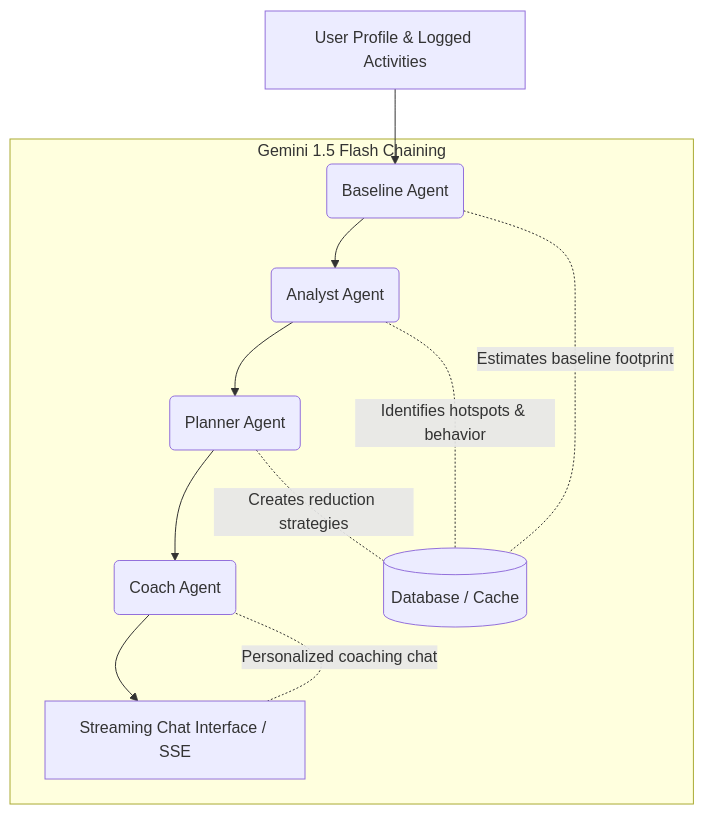
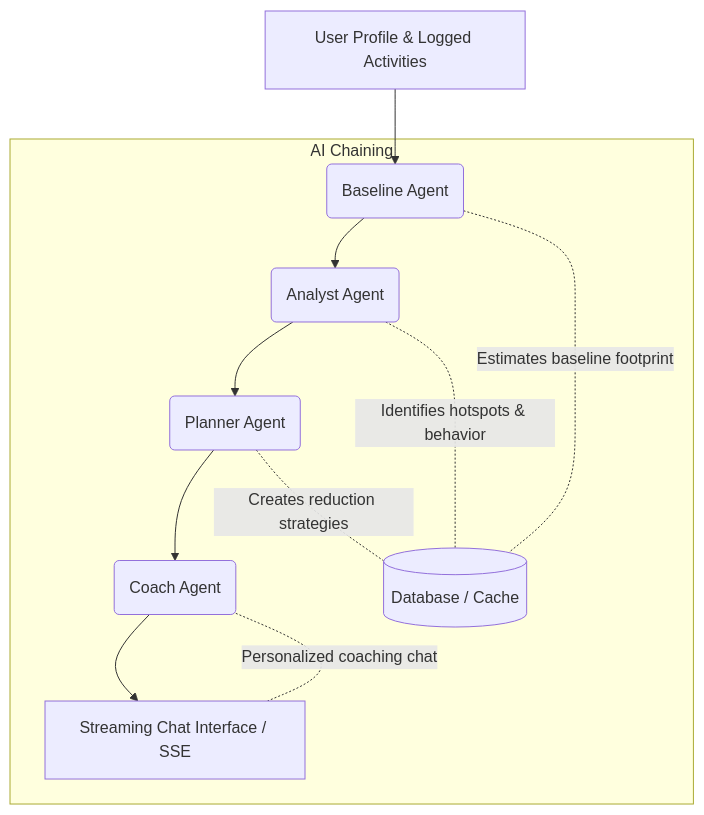
The diagram in README.md (SBLab25/CarbonSenseAI), drawn with Mermaid before and after one commit. The commit also changed other lines of this file and 35 other files, not shown here.

````diff
--- a/README.md
+++ b/README.md
@@ -28,15 +29,15 @@
 ```mermaid
 graph TD
     A[User Profile & Logged Activities] --> B(Baseline Agent)
     B --> C(Analyst Agent)
     C --> D(Planner Agent)
     D --> E(Coach Agent)
     E --> F[Streaming Chat Interface / SSE]
     
-    subgraph "Gemini 1.5 Flash Chaining"
+    subgraph "AI Chaining"
     B -.-|Estimates baseline footprint| G[(Database / Cache)]
     C -.-|Identifies hotspots & behavior| G
     D -.-|Creates reduction strategies| G
     E -.-|Personalized coaching chat| F
     end
 ```
````
